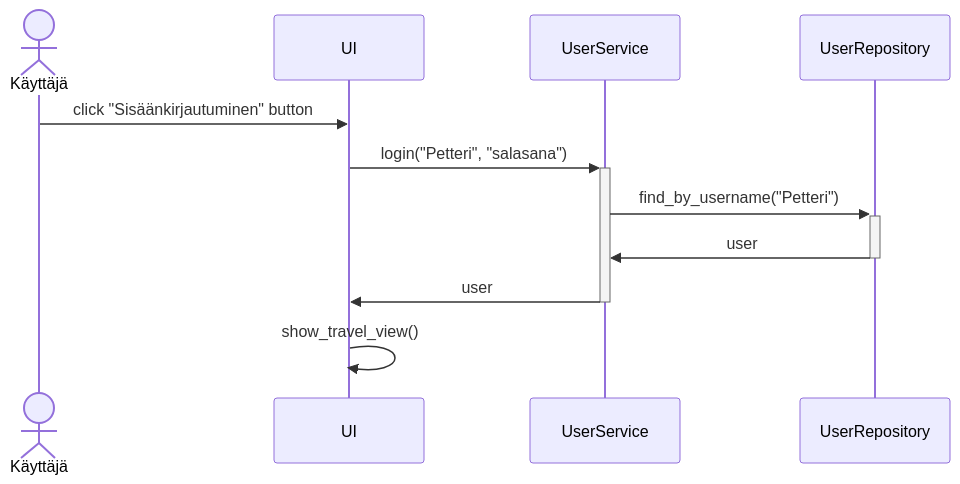
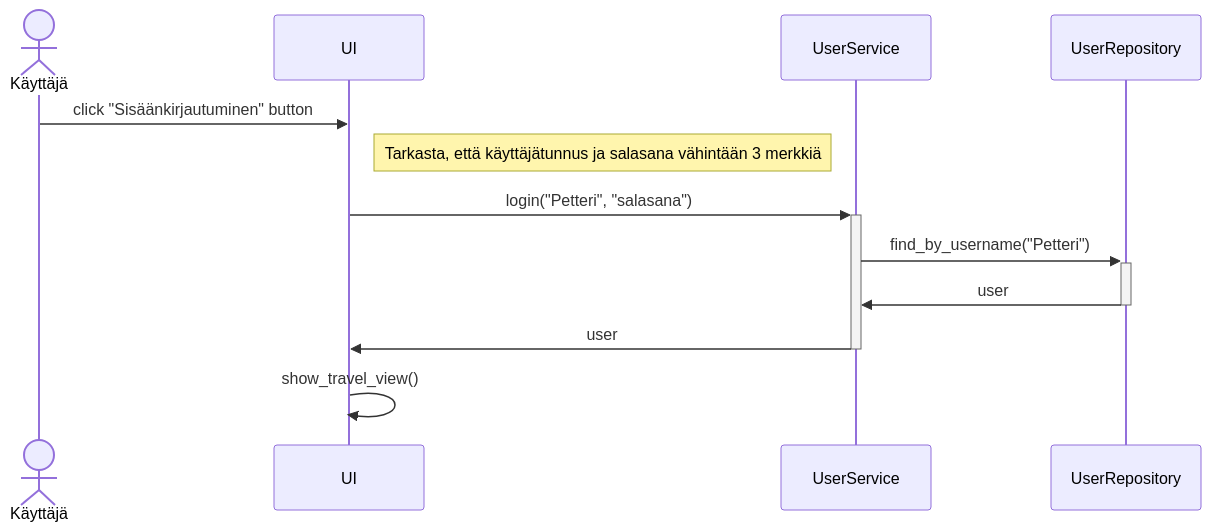
One commit to phuvio/ot-harjoitustyo changed the first of 4 diagrams in travel-expense-calculator-app/dokumentaatio/arkkitehtuuri.md. Above: the diagram before and after it, drawn with Mermaid.

````diff
--- a/travel-expense-calculator-app/dokumentaatio/arkkitehtuuri.md
+++ b/travel-expense-calculator-app/dokumentaatio/arkkitehtuuri.md
@@ -68,14 +68,15 @@
 ```mermaid
  sequenceDiagram
    Actor K as Käyttäjä
    participant U as UI
    participant S as UserService
    participant R as UserRepository
    K->>U: click "Sisäänkirjautuminen" button
+   Note right of U: Tarkasta, että käyttäjätunnus ja salasana vähintään 3 merkkiä
    U->>+S: login("Petteri", "salasana")
    S->>+R: find_by_username("Petteri")
    R->>-S: user
    S->>-U: user
    U->>U: show_travel_view()
 
 ```
````
